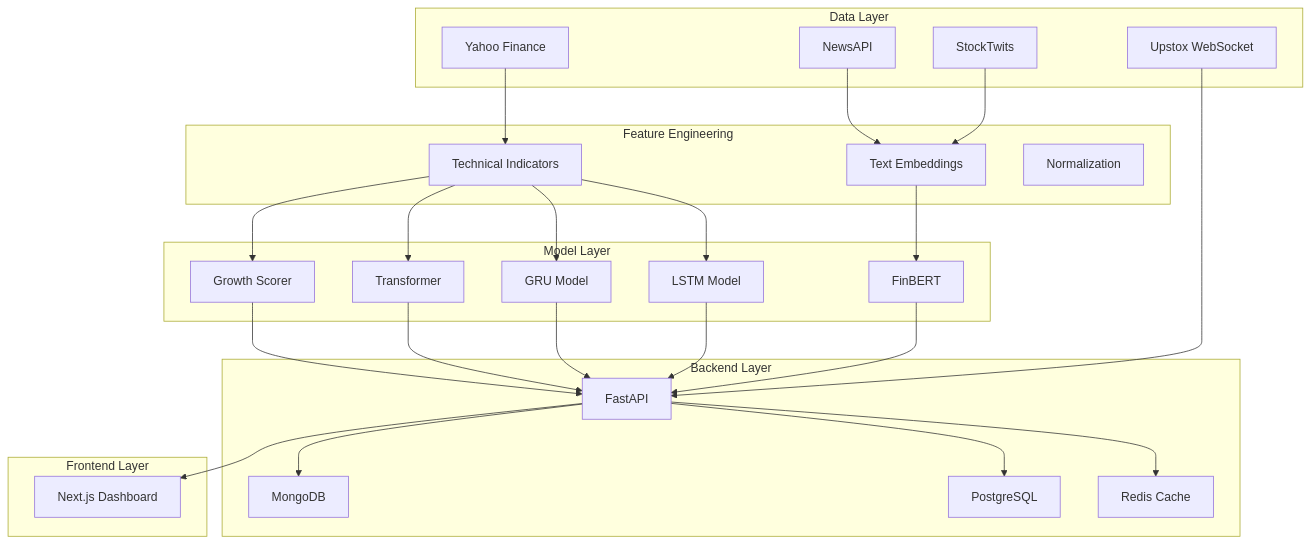
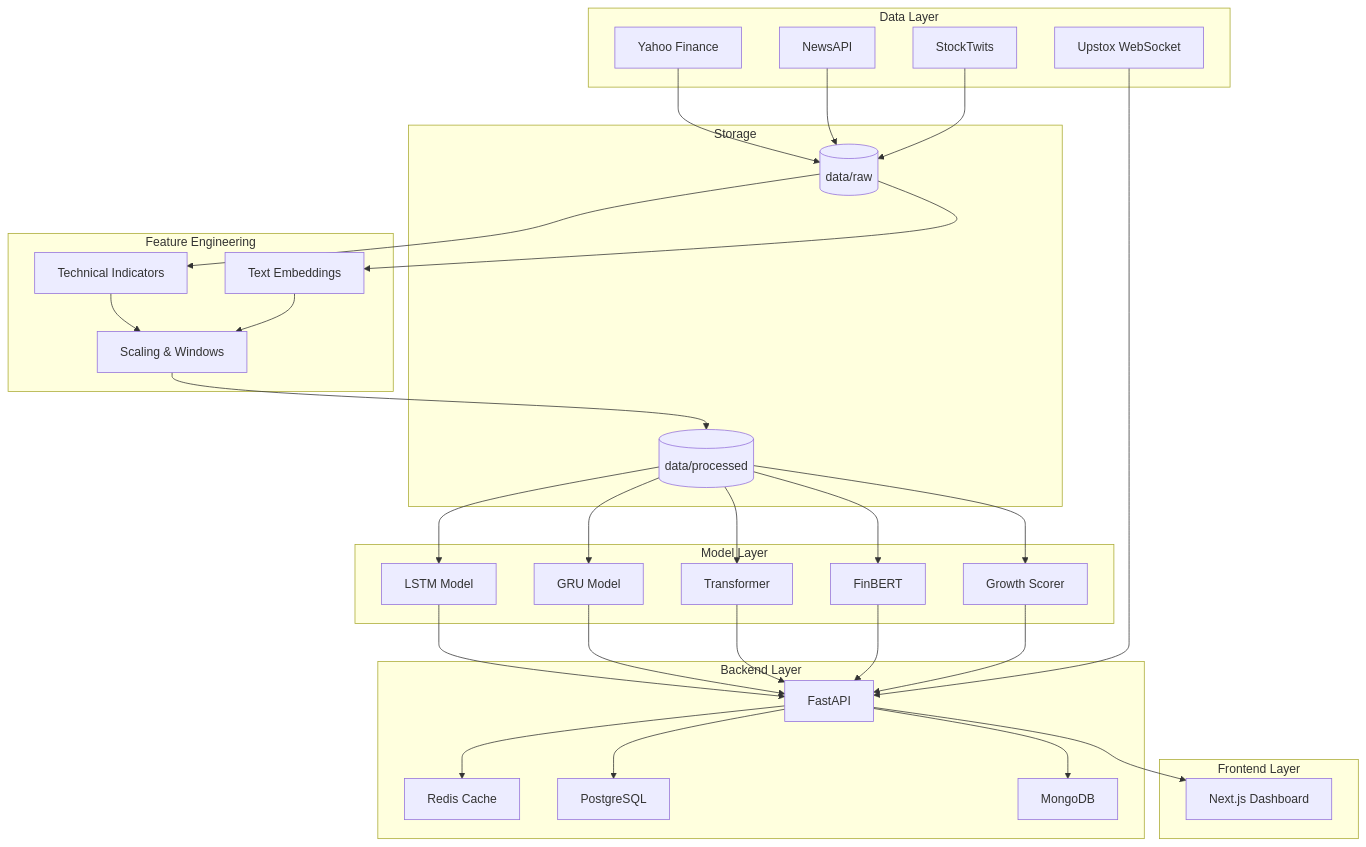
The diagram in README.md (dheeraj3587/multi-modal-stock-intelligence), drawn with Mermaid before and after one commit. The commit also changed other lines of this file and 11 other files, not shown here.

````diff
--- a/README.md
+++ b/README.md
@@ -30,57 +30,68 @@
 ```mermaid
 graph TB
     subgraph "Data Layer"
         YF[Yahoo Finance]
         NEWS[NewsAPI]
         ST[StockTwits]
         UP[Upstox WebSocket]
     end
+
+    subgraph "Storage"
+        RAW[(data/raw)]
+        PROC[(data/processed)]
+    end
     
     subgraph "Feature Engineering"
         TA[Technical Indicators]
         EMB[Text Embeddings]
-        NORM[Normalization]
+        NORM[Scaling & Windows]
     end
     
     subgraph "Model Layer"
         LSTM[LSTM Model]
         GRU[GRU Model]
         TRANS[Transformer]
         FINBERT[FinBERT]
         GROWTH[Growth Scorer]
     end
     
     subgraph "Backend Layer"
         API[FastAPI]
         REDIS[Redis Cache]
         PG[PostgreSQL]
         MONGO[MongoDB]
     end
     
     subgraph "Frontend Layer"
         NEXT[Next.js Dashboard]
     end
+
+    YF --> RAW
+    NEWS --> RAW
+    ST --> RAW
     
-    YF --> TA
-    NEWS --> EMB
-    ST --> EMB
+    RAW --> TA
+    RAW --> EMB
+    TA --> NORM
+    EMB --> NORM
+    NORM --> PROC
     
-    TA --> LSTM
-    TA --> GRU
-    TA --> TRANS
-    EMB --> FINBERT
-    TA --> GROWTH
+    PROC --> LSTM
+    PROC --> GRU
+    PROC --> TRANS
+    PROC --> FINBERT
+    PROC --> GROWTH
     
     LSTM --> API
     GRU --> API
     TRANS --> API
     FINBERT --> API
     GROWTH --> API
     UP --> API
     
     API --> REDIS
     API --> PG
     API --> MONGO
     
     API --> NEXT
 ```
````
